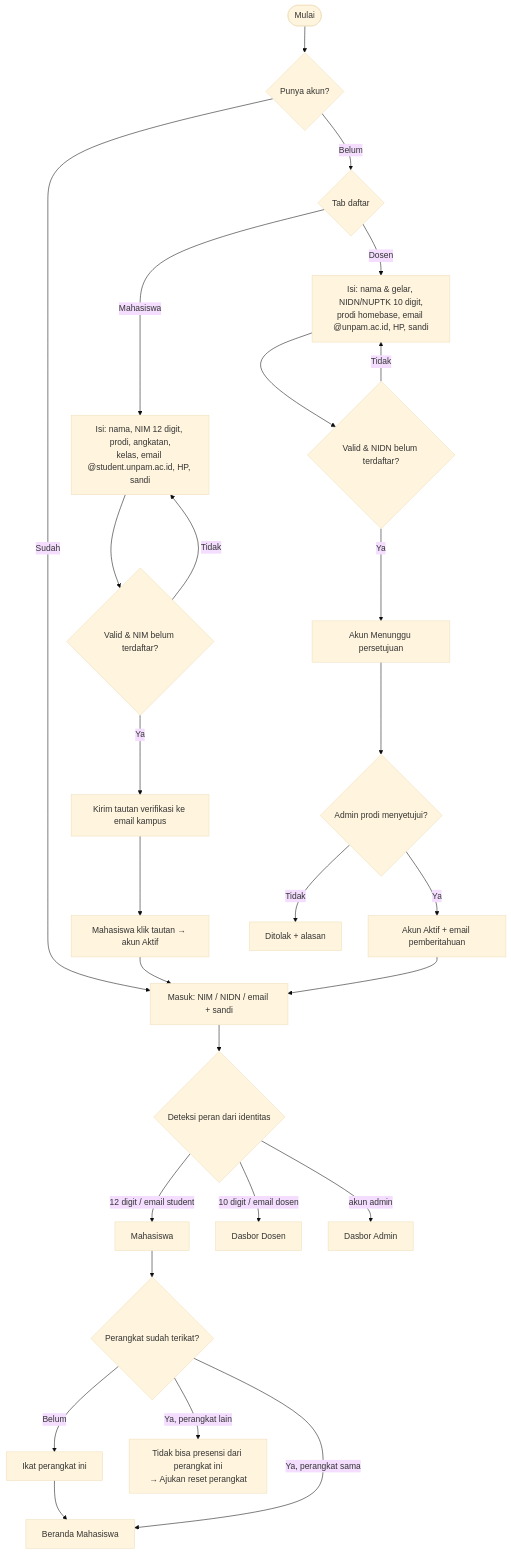
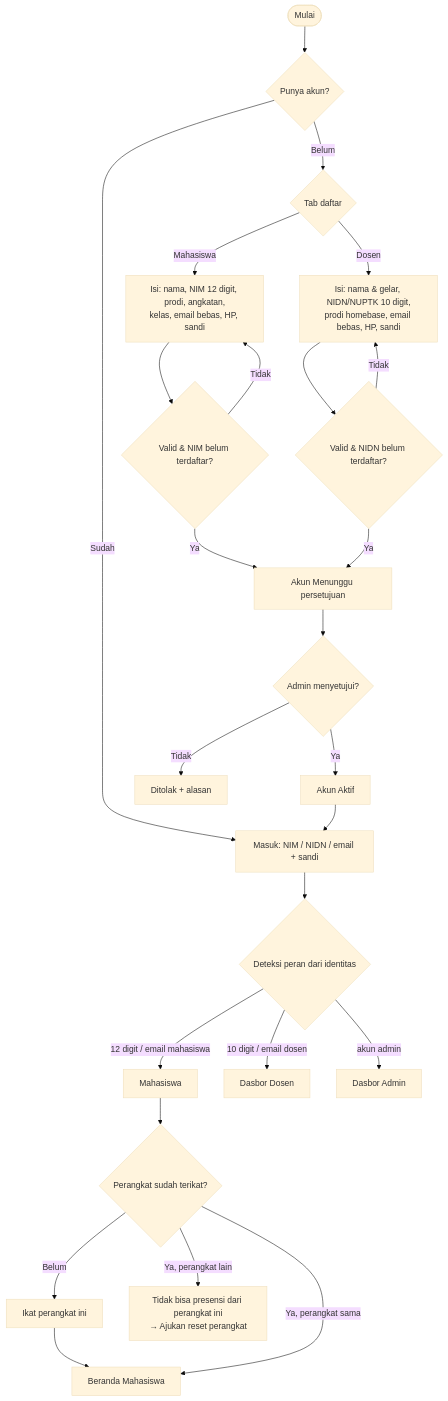
One commit to Anang20/qr-attend changed the second of 13 diagrams in docs/BRD.md. Above: the diagram before and after it, drawn with Mermaid (base theme). The commit also changed other lines of this file and 8 other files, not shown here.

Commit message:
docs: perbarui BRD, tambah dokumen BRD-FSD, laporan UAT, dan diagram

````diff
--- a/docs/BRD.md
+++ b/docs/BRD.md
@@ -176,28 +176,26 @@
 ```mermaid
 flowchart TD
   S([Mulai]) --> R{Punya akun?}
   R -->|Belum| T{Tab daftar}
-  T -->|Mahasiswa| RM[Isi: nama, NIM 12 digit, prodi, angkatan,<br/>kelas, email @student.unpam.ac.id, HP, sandi]
-  T -->|Dosen| RD[Isi: nama & gelar, NIDN/NUPTK 10 digit,<br/>prodi homebase, email @unpam.ac.id, HP, sandi]
+  T -->|Mahasiswa| RM[Isi: nama, NIM 12 digit, prodi, angkatan,<br/>kelas, email bebas, HP, sandi]
+  T -->|Dosen| RD[Isi: nama & gelar, NIDN/NUPTK 10 digit,<br/>prodi homebase, email bebas, HP, sandi]
   RM --> VM{Valid & NIM belum terdaftar?}
   VM -->|Tidak| RM
-  VM -->|Ya| EM[Kirim tautan verifikasi ke email kampus]
-  EM --> CL[Mahasiswa klik tautan → akun Aktif]
+  VM -->|Ya| PD[Akun Menunggu persetujuan]
   RD --> VD{Valid & NIDN belum terdaftar?}
   VD -->|Tidak| RD
-  VD -->|Ya| PD[Akun Menunggu persetujuan]
-  PD --> AA{Admin prodi menyetujui?}
-  AA -->|Ya| AK[Akun Aktif + email pemberitahuan]
+  VD -->|Ya| PD
+  PD --> AA{Admin menyetujui?}
+  AA -->|Ya| AK[Akun Aktif]
   AA -->|Tidak| RJ[Ditolak + alasan]
   R -->|Sudah| L[Masuk: NIM / NIDN / email + sandi]
-  CL --> L
   AK --> L
   L --> DR{Deteksi peran dari identitas}
-  DR -->|"12 digit / email student"| MS[Mahasiswa]
+  DR -->|"12 digit / email mahasiswa"| MS[Mahasiswa]
   DR -->|"10 digit / email dosen"| DS[Dasbor Dosen]
   DR -->|"akun admin"| AD[Dasbor Admin]
   MS --> DB{Perangkat sudah terikat?}
   DB -->|Belum| BIND[Ikat perangkat ini] --> BM[Beranda Mahasiswa]
   DB -->|Ya, perangkat sama| BM
   DB -->|Ya, perangkat lain| BLK[Tidak bisa presensi dari perangkat ini<br/>→ Ajukan reset perangkat]
 ```
````
